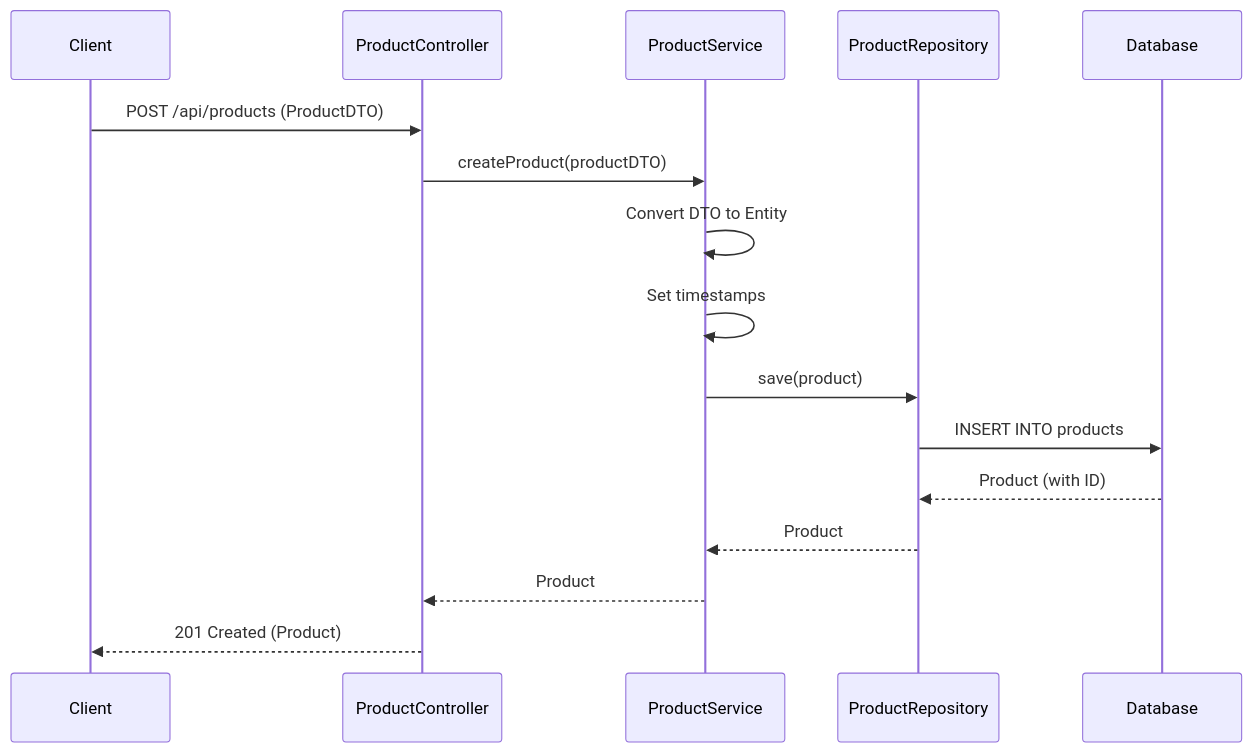
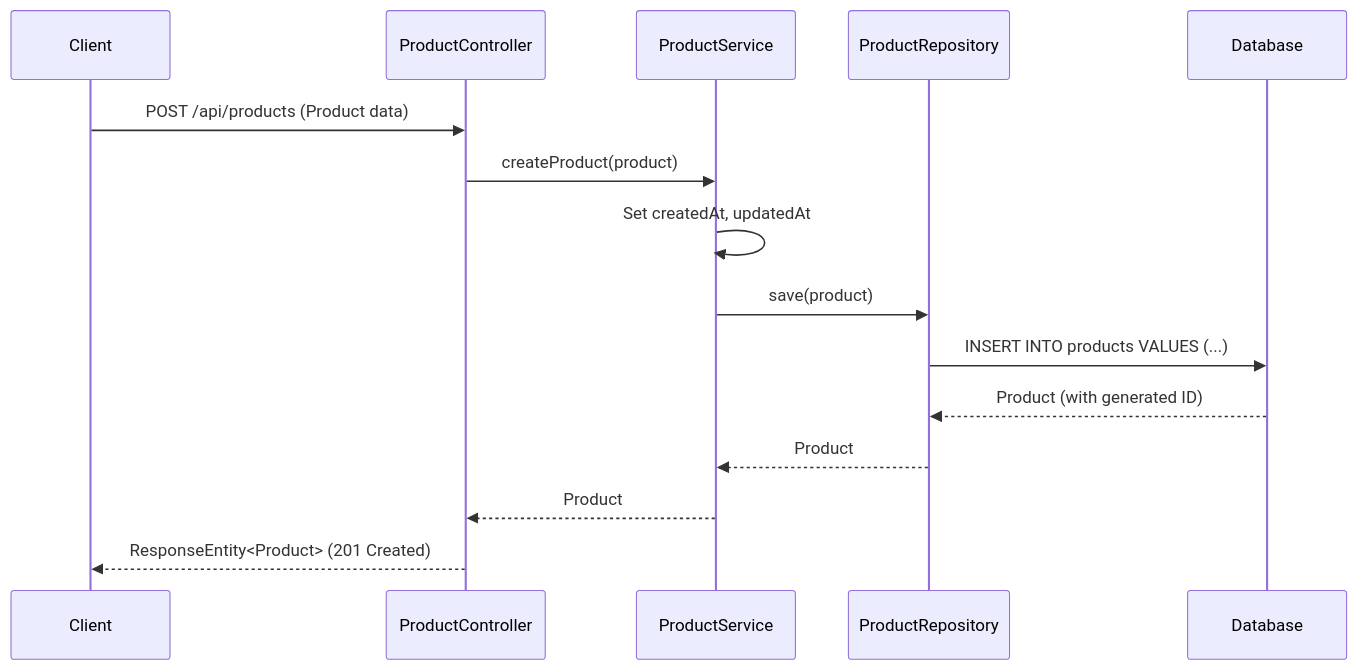
The fifth of 13 diagrams in docs/LLD/modified_lld.md (NavneetBN47/aava-ecom-demo), drawn with Mermaid before and after one commit. The commit also changed other lines of this file, not shown here.

````diff
--- a/docs/LLD/modified_lld.md
+++ b/docs/LLD/modified_lld.md
@@ -238,19 +264,18 @@
 ```mermaid
 sequenceDiagram
     participant Client
     participant ProductController
     participant ProductService
     participant ProductRepository
     participant Database
 
-    Client->>ProductController: POST /api/products (ProductDTO)
-    ProductController->>ProductService: createProduct(productDTO)
-    ProductService->>ProductService: Convert DTO to Entity
-    ProductService->>ProductService: Set timestamps
+    Client->>ProductController: POST /api/products (Product data)
+    ProductController->>ProductService: createProduct(product)
+    ProductService->>ProductService: Set createdAt, updatedAt
     ProductService->>ProductRepository: save(product)
-    ProductRepository->>Database: INSERT INTO products
-    Database-->>ProductRepository: Product (with ID)
+    ProductRepository->>Database: INSERT INTO products VALUES (...)
+    Database-->>ProductRepository: Product (with generated ID)
     ProductRepository-->>ProductService: Product
     ProductService-->>ProductController: Product
-    ProductController-->>Client: 201 Created (Product)
+    ProductController-->>Client: ResponseEntity<Product> (201 Created)
 ```
````
